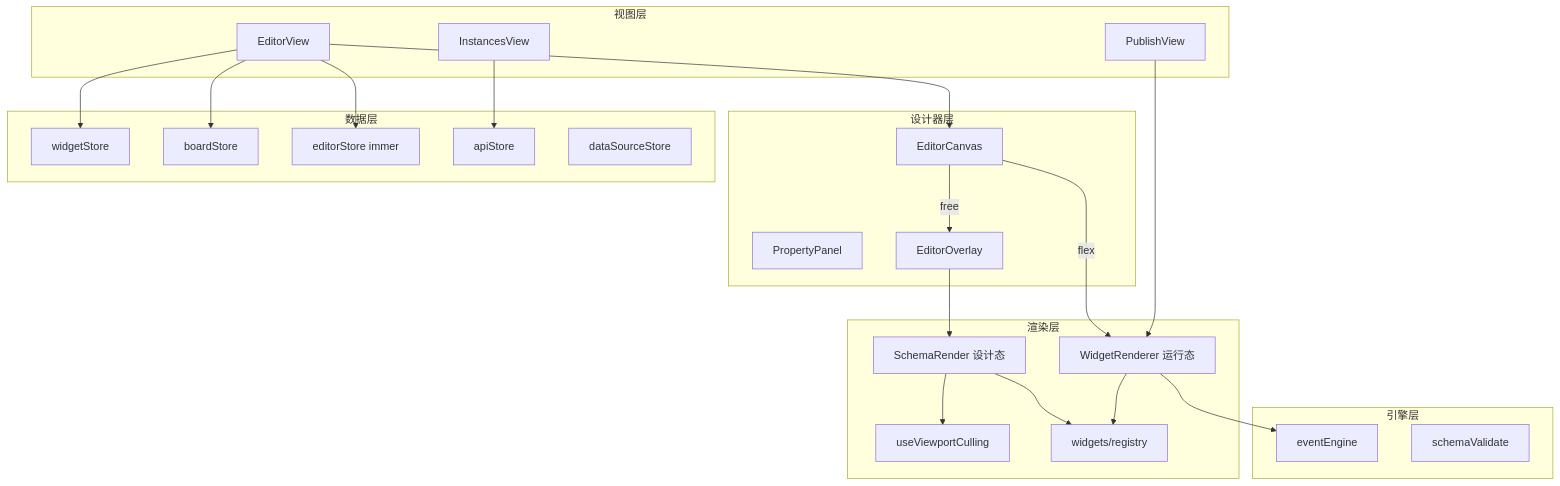
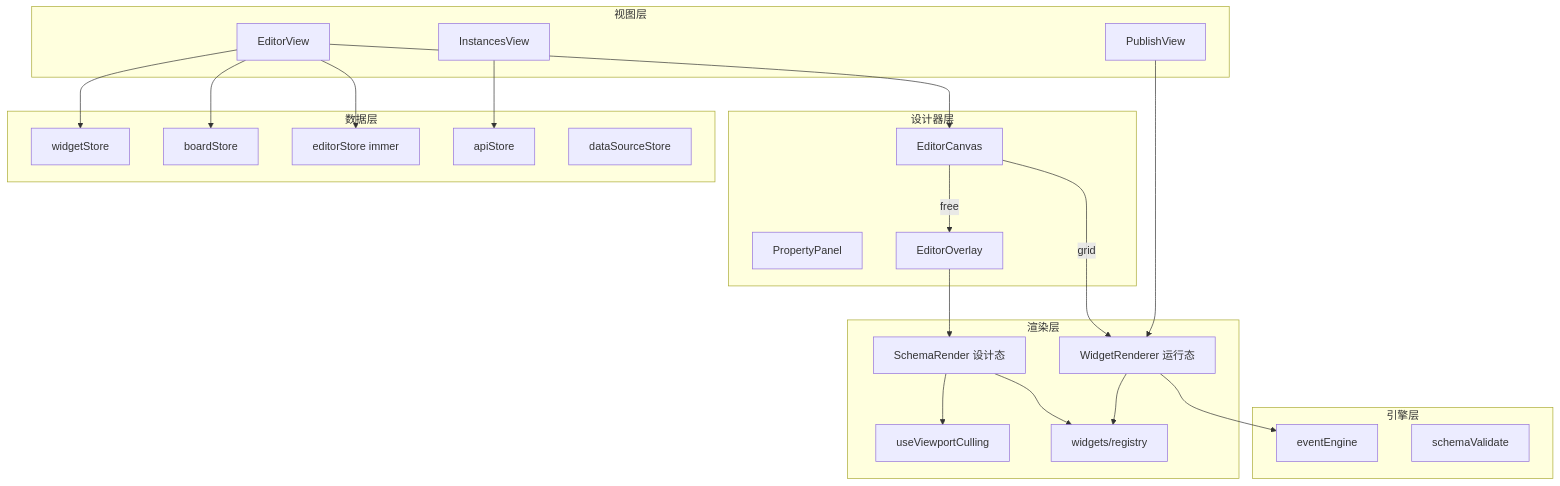
The diagram in editor/architecture.md (nan1010082085/ai-platform-docs), drawn with Mermaid before and after one commit. The commit also changed other lines of this file and 3 other files, not shown here.

First line of the commit message:
docs(editor): 同步 Flex→Grid 布局引擎改造说明

````diff
--- a/editor/architecture.md
+++ b/editor/architecture.md
@@ -37,44 +37,44 @@
 ```mermaid
 flowchart TB
   subgraph views [视图层]
     Inst["InstancesView"]
     Ed["EditorView"]
     Pub["PublishView"]
   end
 
   subgraph designer [设计器层]
     Canvas["EditorCanvas"]
     Panel["PropertyPanel"]
     Overlay["EditorOverlay"]
   end
 
   subgraph render [渲染层]
     SR["SchemaRender 设计态"]
     WR["WidgetRenderer 运行态"]
     Cull["useViewportCulling"]
     Registry["widgets/registry"]
   end
 
   subgraph data [数据层]
     WS["widgetStore"]
     BS["boardStore"]
     ES["editorStore immer"]
     AS["apiStore"]
     DS["dataSourceStore"]
   end
 
   subgraph engine [引擎层]
     EE["eventEngine"]
     Val["schemaValidate"]
   end
 
   Ed --> Canvas
   Canvas -->|free| Overlay --> SR
-  Canvas -->|flex| WR
+  Canvas -->|grid| WR
   SR --> Cull
   SR --> Registry
   Pub --> WR --> Registry
   WR --> EE
   Ed --> WS & BS & ES
   Inst --> AS
 ```
````
